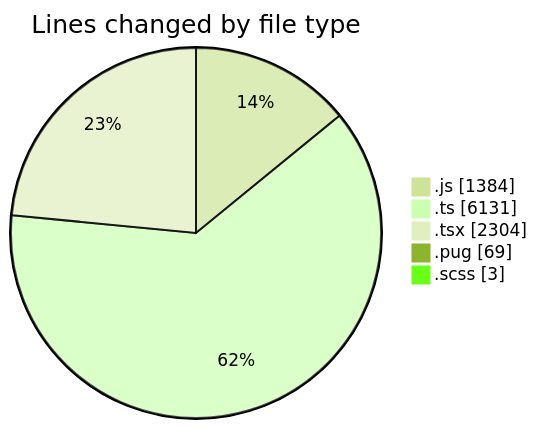
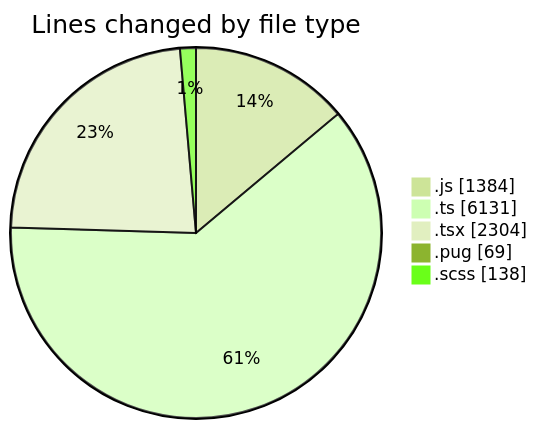
Before and after one commit to momahboobian/code-tracking: the first of 2 diagrams in 2025-03-25/cda/README.md, drawn with Mermaid (forest theme). The commit also changed other lines of this file and 1 other file, not shown here.

````diff
--- a/2025-03-25/cda/README.md
+++ b/2025-03-25/cda/README.md
@@ -38,9 +39,9 @@
 ```mermaid
 pie showData
 title Lines changed by file type
 ".js" : 1384
 ".ts" : 6131
 ".tsx" : 2304
 ".pug" : 69
-".scss" : 3
+".scss" : 138
 ```
````
